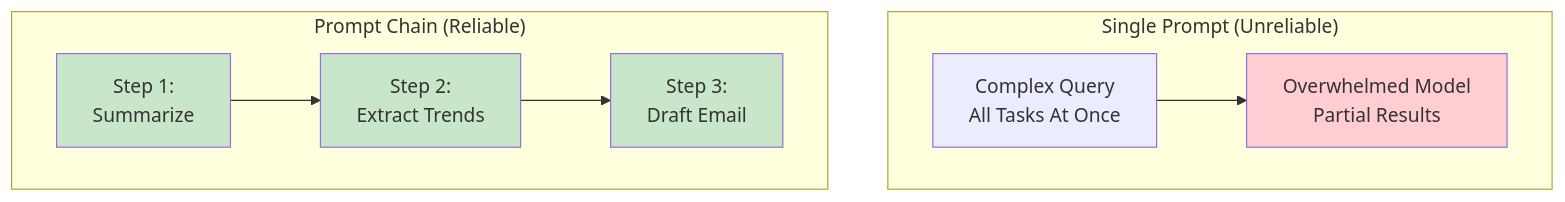
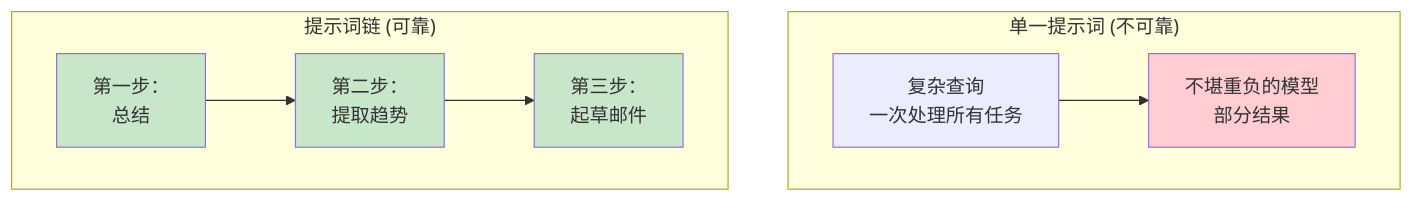
Diagram 13 of 20 in i18n/zh-Hans/docusaurus-plugin-content-docs/current/ai/agents/design-patterns.mdx (YiWang24/AiDIY), drawn with Mermaid before and after one commit. The commit also changed other lines of this file and 59 other files, not shown here.

````diff
--- a/i18n/zh-Hans/docusaurus-plugin-content-docs/current/ai/agents/design-patterns.mdx
+++ b/i18n/zh-Hans/docusaurus-plugin-content-docs/current/ai/agents/design-patterns.mdx
@@ -542,21 +540,21 @@
 ```mermaid
 flowchart TB
-    subgraph Single["Single Prompt (Unreliable)"]
-        S1[Complex Query<br/>All Tasks At Once]
-        S2[Overwhelmed Model<br/>Partial Results]
+    subgraph Single["单一提示词 (不可靠)"]
+        S1[复杂查询<br/>一次处理所有任务]
+        S2[不堪重负的模型<br/>部分结果]
     end
 
-    subgraph Chained["Prompt Chain (Reliable)"]
-        C1[Step 1:<br/>Summarize]
-        C2[Step 2:<br/>Extract Trends]
-        C3[Step 3:<br/>Draft Email]
+    subgraph Chained["提示词链 (可靠)"]
+        C1[第一步：<br/>总结]
+        C2[第二步：<br/>提取趋势]
+        C3[第三步：<br/>起草邮件]
     end
 
     S1 --> S2
     C1 --> C2 --> C3
 
     style S2 fill:#ffcdd2
     style C1 fill:#c8e6c9
     style C2 fill:#c8e6c9
     style C3 fill:#c8e6c9
 ```
````
